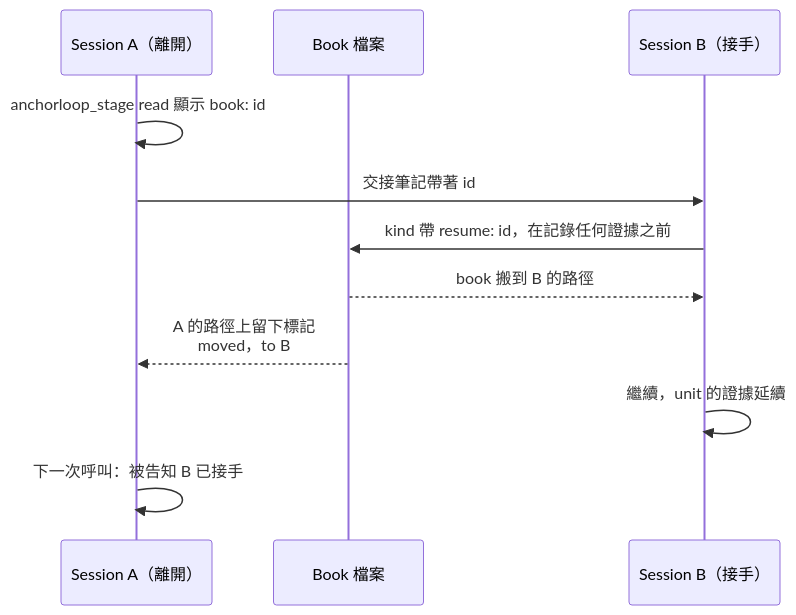
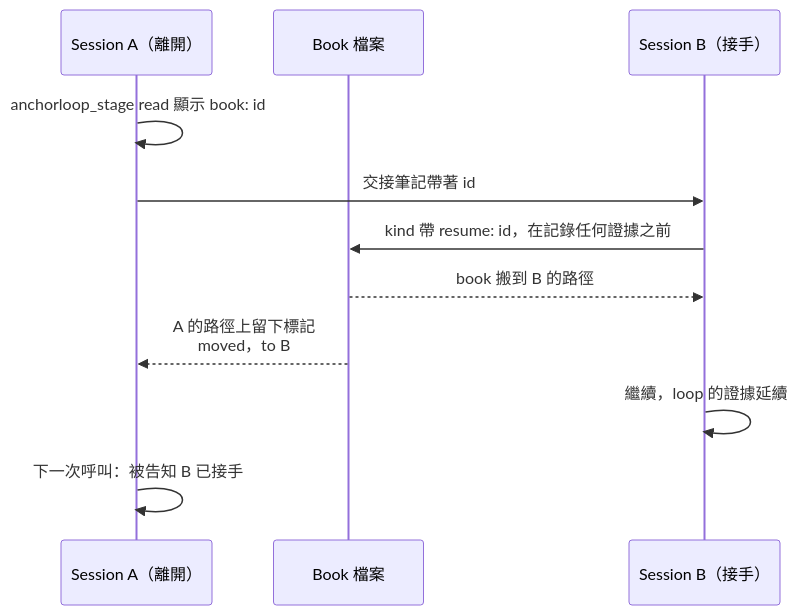
Before and after one commit to wayne930242/anchorloop: the fourth of 4 diagrams in docs/how-it-works.zh-TW.md, drawn with Mermaid. The commit also changed other lines of this file, not shown here.

````diff
--- a/docs/how-it-works.zh-TW.md
+++ b/docs/how-it-works.zh-TW.md
@@ -259,13 +259,13 @@
 ```mermaid
 sequenceDiagram
   participant A as Session A（離開）
   participant F as Book 檔案
   participant B as Session B（接手）
   A->>A: anchorloop_stage read 顯示 book: id
   A->>B: 交接筆記帶著 id
   B->>F: kind 帶 resume: id，在記錄任何證據之前
   F-->>B: book 搬到 B 的路徑
   F-->>A: A 的路徑上留下標記<br/>moved，to B
-  B->>B: 繼續，unit 的證據延續
+  B->>B: 繼續，loop 的證據延續
   A->>A: 下一次呼叫：被告知 B 已接手
 ```
````
